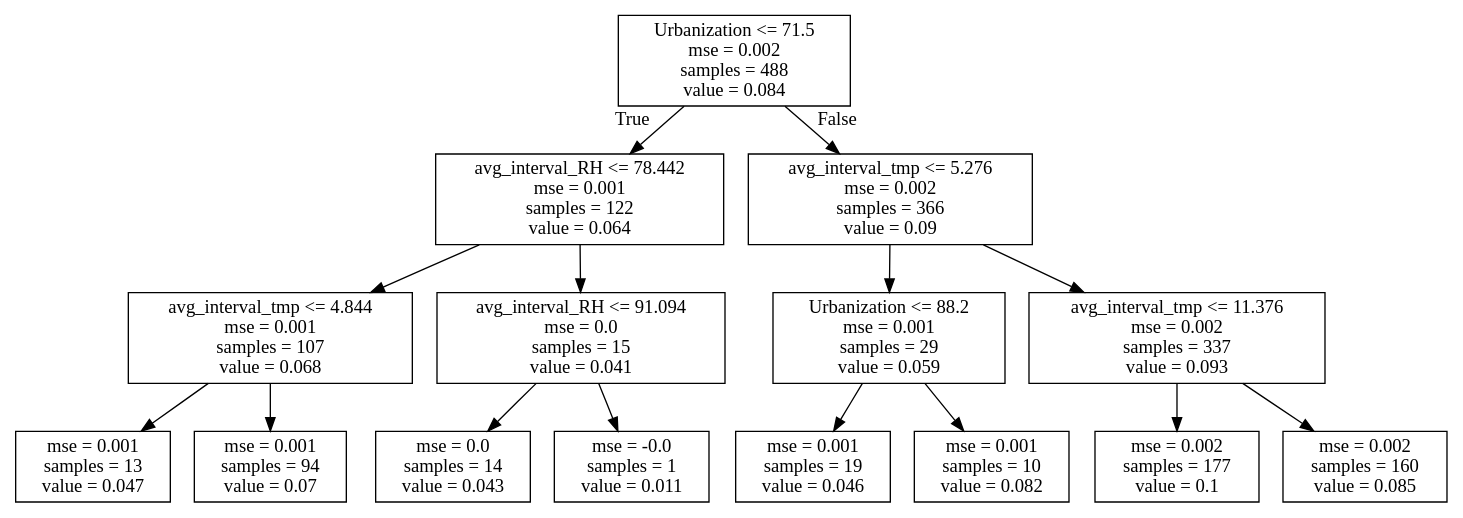
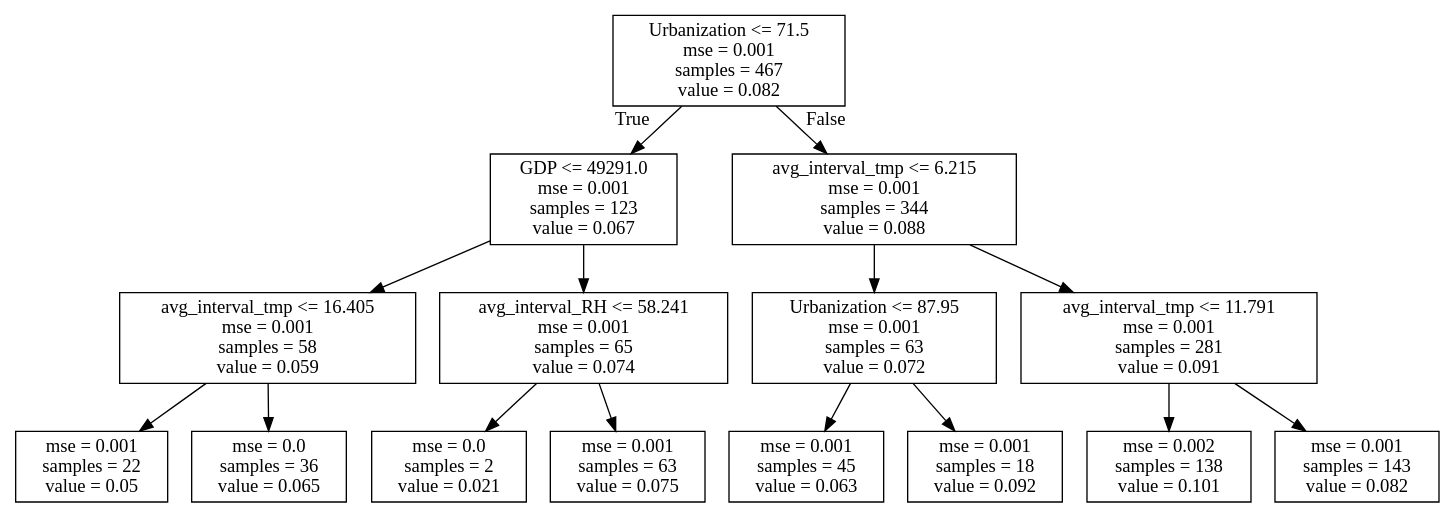
One commit to hopl1t/covid19 changed the diagram in products/decision_tree/decision_tree_GF_Q1_run3.dot. Above: the diagram before and after it, drawn with Graphviz. The commit also changed 21 other files, not shown here.

```diff
--- a/products/decision_tree/decision_tree_GF_Q1_run3.dot
+++ b/products/decision_tree/decision_tree_GF_Q1_run3.dot
@@ -1,32 +1,32 @@
 digraph Tree {
 node [shape=box] ;
-0 [label="Urbanization <= 71.5\nmse = 0.002\nsamples = 488\nvalue = 0.084"] ;
-1 [label="avg_interval_RH <= 78.442\nmse = 0.001\nsamples = 122\nvalue = 0.064"] ;
+0 [label="Urbanization <= 71.5\nmse = 0.001\nsamples = 467\nvalue = 0.082"] ;
+1 [label="GDP <= 49291.0\nmse = 0.001\nsamples = 123\nvalue = 0.067"] ;
 0 -> 1 [labeldistance=2.5, labelangle=45, headlabel="True"] ;
-2 [label="avg_interval_tmp <= 4.844\nmse = 0.001\nsamples = 107\nvalue = 0.068"] ;
+2 [label="avg_interval_tmp <= 16.405\nmse = 0.001\nsamples = 58\nvalue = 0.059"] ;
 1 -> 2 ;
-3 [label="mse = 0.001\nsamples = 13\nvalue = 0.047"] ;
+3 [label="mse = 0.001\nsamples = 22\nvalue = 0.05"] ;
 2 -> 3 ;
-4 [label="mse = 0.001\nsamples = 94\nvalue = 0.07"] ;
+4 [label="mse = 0.0\nsamples = 36\nvalue = 0.065"] ;
 2 -> 4 ;
-5 [label="avg_interval_RH <= 91.094\nmse = 0.0\nsamples = 15\nvalue = 0.041"] ;
+5 [label="avg_interval_RH <= 58.241\nmse = 0.001\nsamples = 65\nvalue = 0.074"] ;
 1 -> 5 ;
-6 [label="mse = 0.0\nsamples = 14\nvalue = 0.043"] ;
+6 [label="mse = 0.0\nsamples = 2\nvalue = 0.021"] ;
 5 -> 6 ;
-7 [label="mse = -0.0\nsamples = 1\nvalue = 0.011"] ;
+7 [label="mse = 0.001\nsamples = 63\nvalue = 0.075"] ;
 5 -> 7 ;
-8 [label="avg_interval_tmp <= 5.276\nmse = 0.002\nsamples = 366\nvalue = 0.09"] ;
+8 [label="avg_interval_tmp <= 6.215\nmse = 0.001\nsamples = 344\nvalue = 0.088"] ;
 0 -> 8 [labeldistance=2.5, labelangle=-45, headlabel="False"] ;
-9 [label="Urbanization <= 88.2\nmse = 0.001\nsamples = 29\nvalue = 0.059"] ;
+9 [label="Urbanization <= 87.95\nmse = 0.001\nsamples = 63\nvalue = 0.072"] ;
 8 -> 9 ;
-10 [label="mse = 0.001\nsamples = 19\nvalue = 0.046"] ;
+10 [label="mse = 0.001\nsamples = 45\nvalue = 0.063"] ;
 9 -> 10 ;
-11 [label="mse = 0.001\nsamples = 10\nvalue = 0.082"] ;
+11 [label="mse = 0.001\nsamples = 18\nvalue = 0.092"] ;
 9 -> 11 ;
-12 [label="avg_interval_tmp <= 11.376\nmse = 0.002\nsamples = 337\nvalue = 0.093"] ;
+12 [label="avg_interval_tmp <= 11.791\nmse = 0.001\nsamples = 281\nvalue = 0.091"] ;
 8 -> 12 ;
-13 [label="mse = 0.002\nsamples = 177\nvalue = 0.1"] ;
+13 [label="mse = 0.002\nsamples = 138\nvalue = 0.101"] ;
 12 -> 13 ;
-14 [label="mse = 0.002\nsamples = 160\nvalue = 0.085"] ;
+14 [label="mse = 0.001\nsamples = 143\nvalue = 0.082"] ;
 12 -> 14 ;
 }
```
